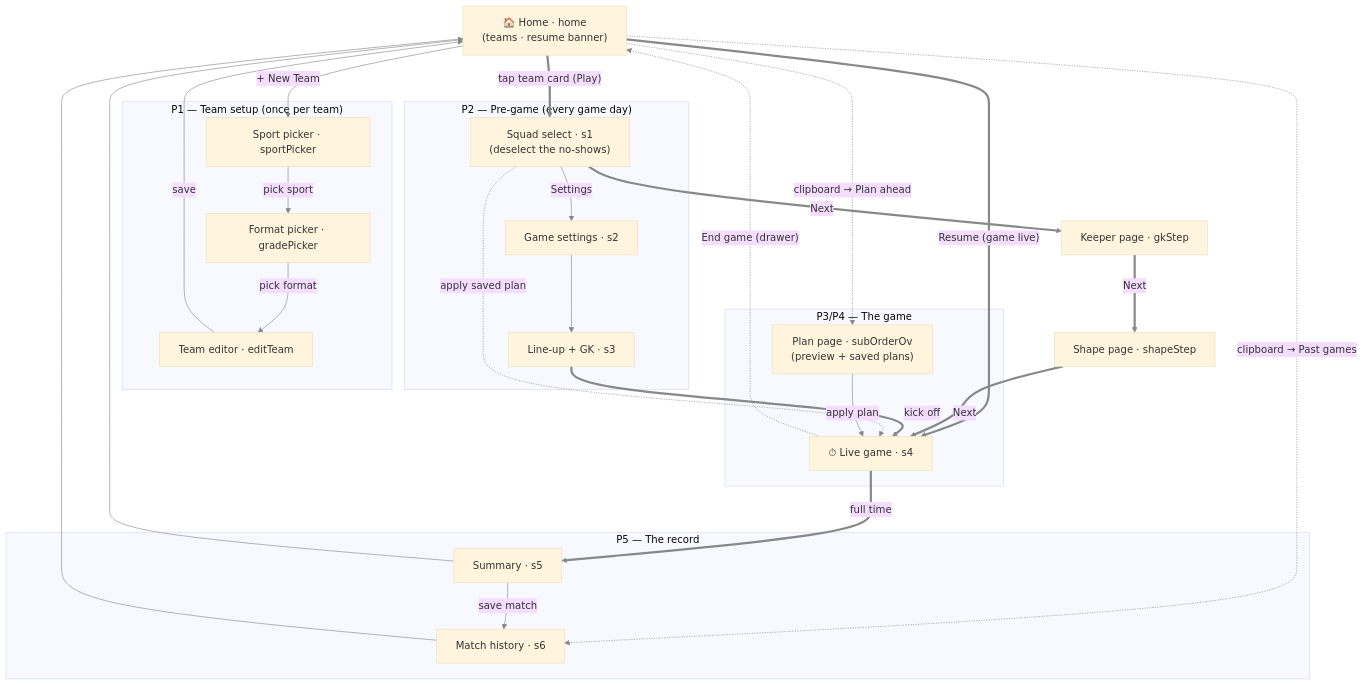
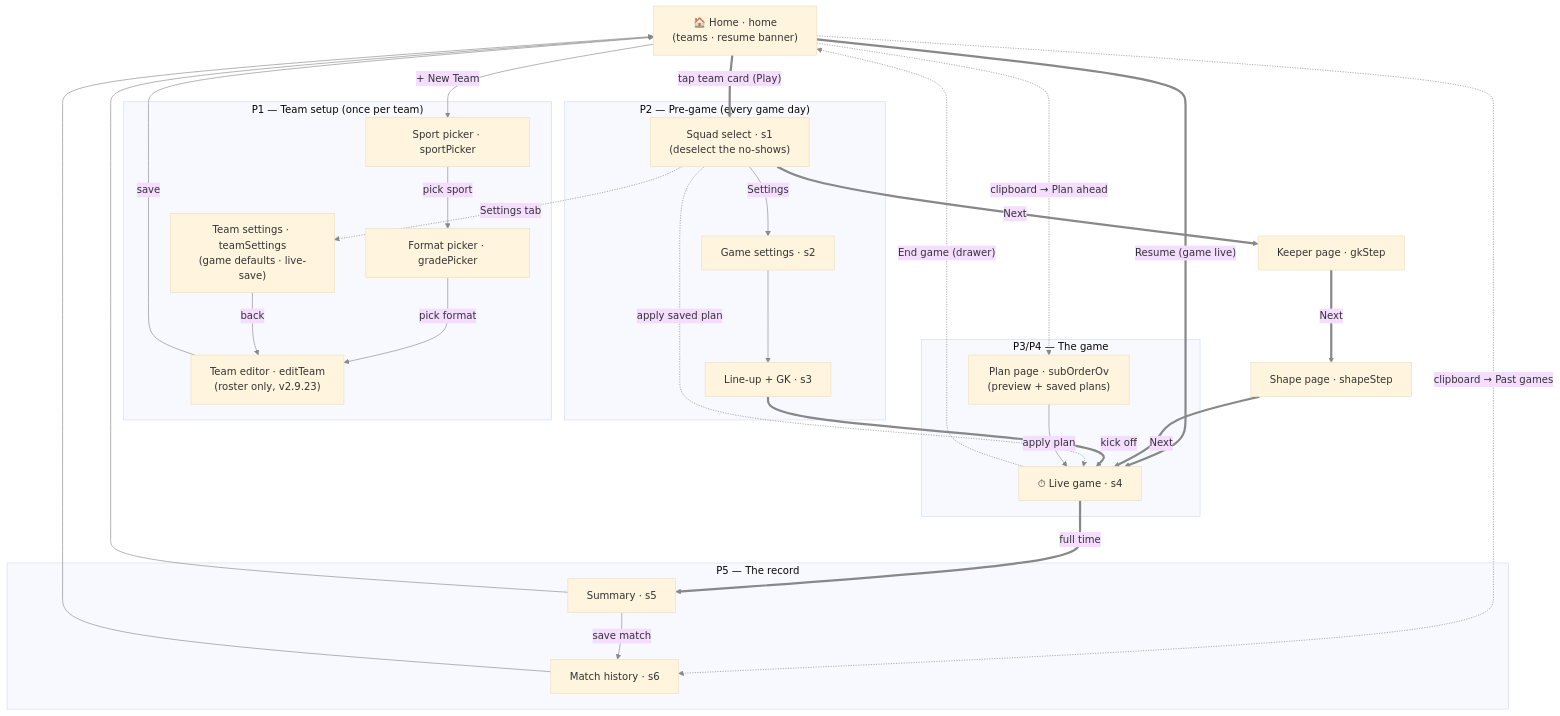
The first of 3 diagrams in docs/FLOW.md (PettetArchitects/OSKIMOO_sub-timer), drawn with Mermaid (base theme) before and after one commit. The commit also changed 9 other files, not shown here.

First line of the commit message:
The Settings tab: game defaults leave the team editor (v2.9.23-beta) (#49)

````diff
--- a/docs/FLOW.md
+++ b/docs/FLOW.md
@@ -7,55 +7,58 @@
 ```mermaid
 flowchart TD
     home["🏠 Home · home<br/>(teams · resume banner)"]
 
     subgraph setup ["P1 — Team setup (once per team)"]
         sportPicker["Sport picker · sportPicker"]
         gradePicker["Format picker · gradePicker"]
-        editTeam["Team editor · editTeam"]
+        editTeam["Team editor · editTeam<br/>(roster only, v2.9.23)"]
+        teamSettings["Team settings · teamSettings<br/>(game defaults · live-save)"]
     end
 
     subgraph pregame ["P2 — Pre-game (every game day)"]
         s1["Squad select · s1<br/>(deselect the no-shows)"]
         s2["Game settings · s2"]
         s3["Line-up + GK · s3"]
     end
 
     subgraph game ["P3/P4 — The game"]
         s4["⏱ Live game · s4"]
         subOrderOv["Plan page · subOrderOv<br/>(preview + saved plans)"]
     end
 
     subgraph record ["P5 — The record"]
         s5["Summary · s5"]
         s6["Match history · s6"]
     end
 
     home -->|"+ New Team"| sportPicker
     sportPicker -->|"pick sport"| gradePicker
     gradePicker -->|"pick format"| editTeam
     editTeam -->|"save"| home
+    s1 -.->|"Settings tab"| teamSettings
+    teamSettings -->|"back"| editTeam
 
     home ==>|"tap team card (Play)"| s1
     home -.->|"clipboard → Past games"| s6
     home -.->|"clipboard → Plan ahead"| subOrderOv
     home ==>|"Resume (game live)"| s4
 
     s1 -->|"Settings"| s2
     s2 --> s3
     s1 ==>|"Next"| gkStep["Keeper page · gkStep"]
     gkStep ==>|"Next"| shapeStep["Shape page · shapeStep"]
     shapeStep ==>|"Next"| s4
     s3 ==>|"kick off"| s4
     s1 -.->|"apply saved plan"| s4
 
     subOrderOv -->|"apply plan"| s4
 
     s4 ==>|"full time"| s5
     s5 -->|"save match"| s6
     s5 --> home
     s6 --> home
 
     s4 -.->|"End game (drawer)"| home
 
     linkStyle default stroke:#888
 ```
````
